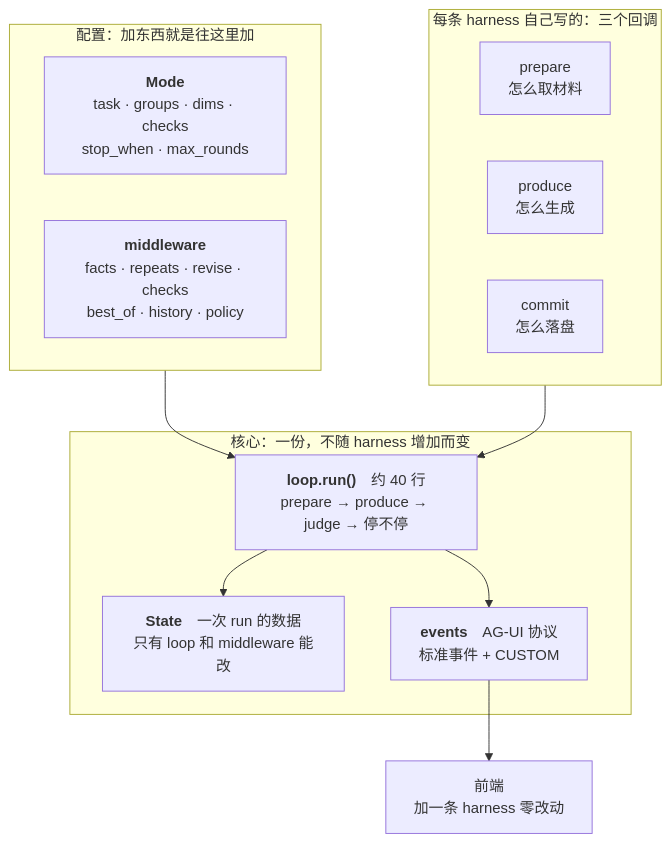
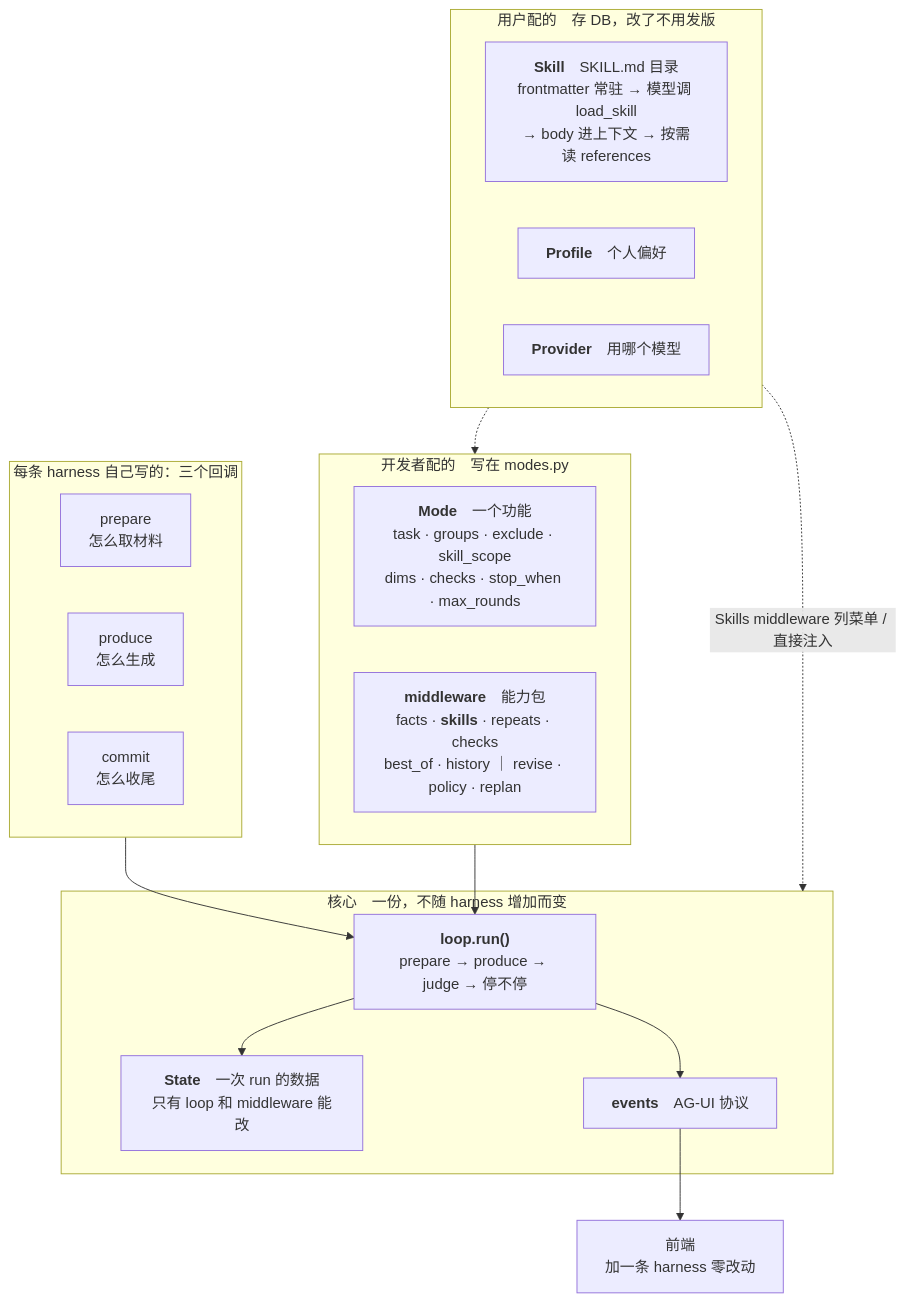
Before and after one commit to huilongbaba/MEMOKET_NOTE: the first of 2 diagrams in docs/harness-framework.md, drawn with Mermaid. The commit also changed other lines of this file and 3 other files, not shown here.

````diff
--- a/docs/harness-framework.md
+++ b/docs/harness-framework.md
@@ -18,27 +18,36 @@
 ```mermaid
 flowchart TB
-    subgraph CFG["配置：加东西就是往这里加"]
+    subgraph USER["用户配的　存 DB，改了不用发版"]
         direction LR
-        MODE["<b>Mode</b><br/>task · groups · dims · checks<br/>stop_when · max_rounds"]
-        MW["<b>middleware</b><br/>facts · repeats · revise · checks<br/>best_of · history · policy"]
+        SK["<b>Skill</b>　SKILL.md 目录<br/>frontmatter 常驻 → 模型调 load_skill<br/>→ body 进上下文 → 按需读 references"]
+        PF["<b>Profile</b>　个人偏好"]
+        PV["<b>Provider</b>　用哪个模型"]
     end
 
-    subgraph CORE["核心：一份，不随 harness 增加而变"]
-        LOOP["<b>loop.run()</b>　约 40 行<br/>prepare → produce → judge → 停不停"]
+    subgraph DEV["开发者配的　写在 modes.py"]
+        direction LR
+        MODE["<b>Mode</b>　一个功能<br/>task · groups · exclude · skill_scope<br/>dims · checks · stop_when · max_rounds"]
+        MW["<b>middleware</b>　能力包<br/>facts · <b>skills</b> · repeats · checks<br/>best_of · history ｜ revise · policy · replan"]
+    end
+
+    subgraph CORE["核心　一份，不随 harness 增加而变"]
+        LOOP["<b>loop.run()</b><br/>prepare → produce → judge → 停不停"]
         ST["<b>State</b>　一次 run 的数据<br/>只有 loop 和 middleware 能改"]
-        EVT["<b>events</b>　AG-UI 协议<br/>标准事件 + CUSTOM"]
+        EVT["<b>events</b>　AG-UI 协议"]
     end
 
     subgraph HK["每条 harness 自己写的：三个回调"]
         direction LR
         H1["prepare<br/>怎么取材料"]
         H2["produce<br/>怎么生成"]
-        H3["commit<br/>怎么落盘"]
+        H3["commit<br/>怎么收尾"]
     end
 
-    CFG --> LOOP
+    SK -.->|"Skills middleware 列菜单 / 直接注入"| CORE
+    PF -.-> MW
+    DEV --> LOOP
     HK --> LOOP
     LOOP --> ST
     LOOP --> EVT
     EVT --> FE["前端<br/>加一条 harness 零改动"]
 ```
````
